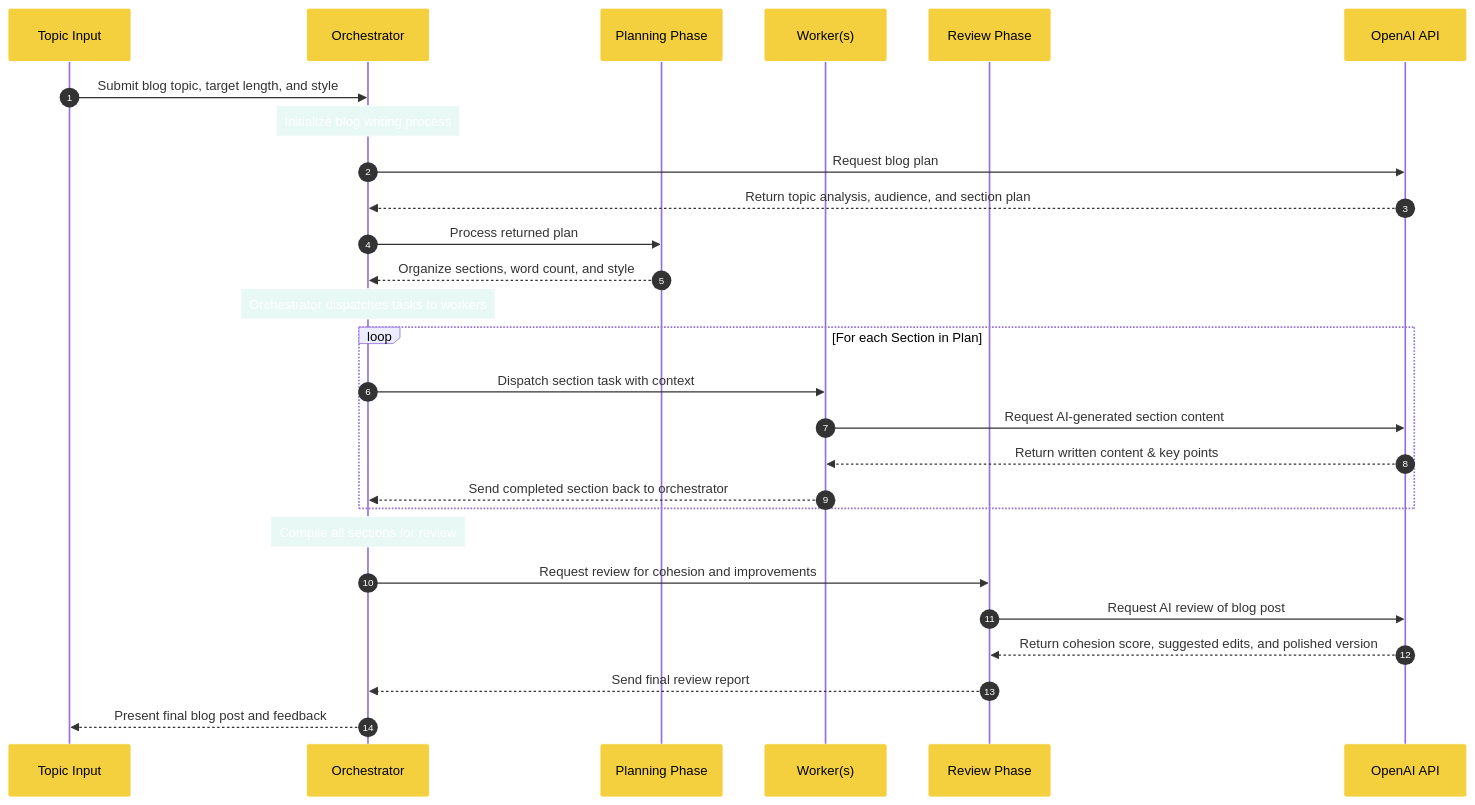
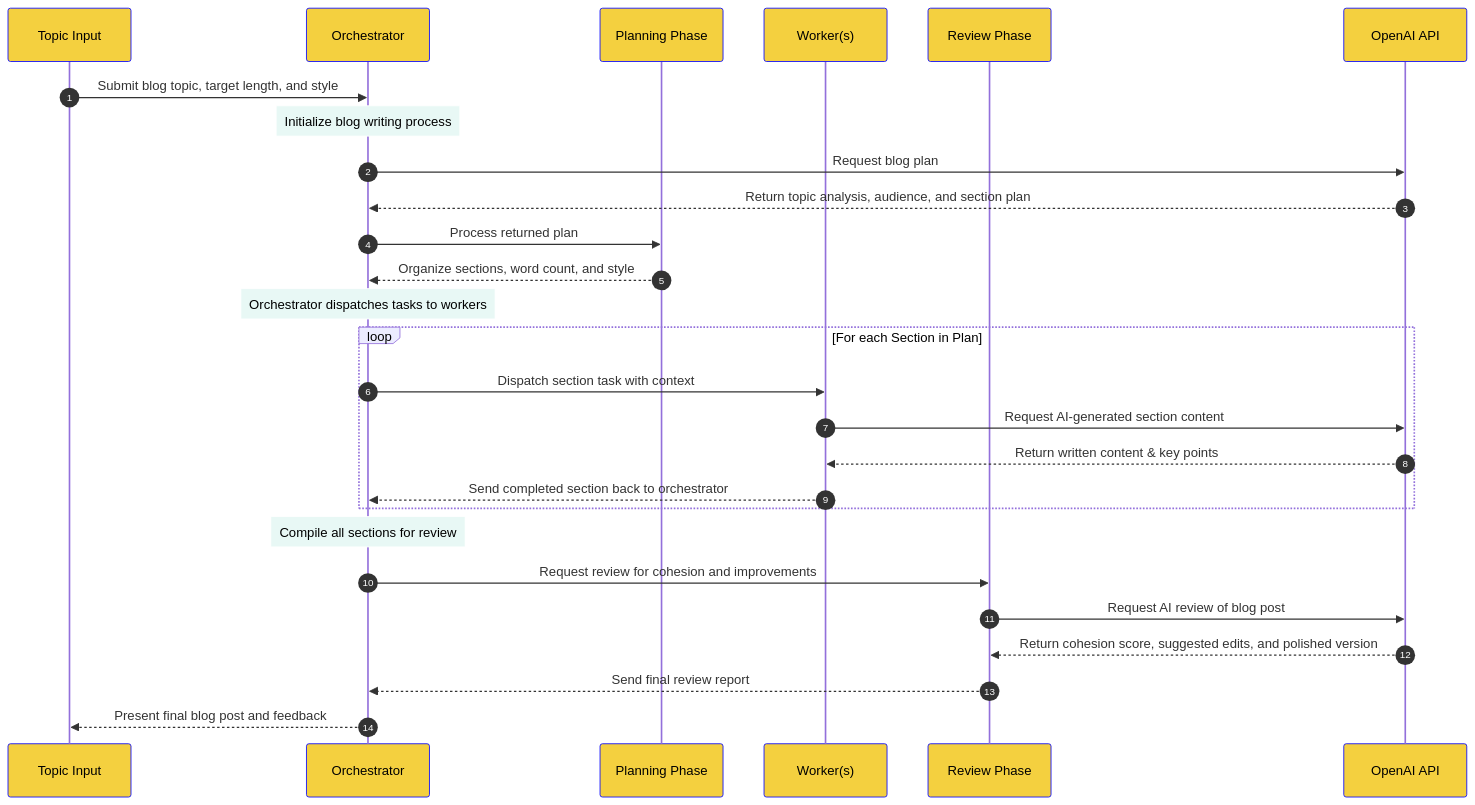
One commit to EGAdams/ai-cookbook changed the diagram in patterns/workflows/2-workflow-patterns/orchestrator/diagrams/orchestrator_3o_mini.md. Above: the diagram before and after it, drawn with Mermaid. The commit also changed 16 other files, not shown here.

````diff
--- a/patterns/workflows/2-workflow-patterns/orchestrator/diagrams/orchestrator_3o_mini.md
+++ b/patterns/workflows/2-workflow-patterns/orchestrator/diagrams/orchestrator_3o_mini.md
@@ -1,48 +1,48 @@
 ```mermaid
 %%{init: {'theme': 'default', 'themeVariables': { 
-    'actorBkg': '#F4D03F', 'actorBorder': '#fff', 
+    'actorBkg': '#F4D03F', 'actorBorder': '#00f', 
     'actorFontSize': '18px', 'actorFontWeight': 'bold',
     'sequenceNumberColor': '#FFFFFF', 'sequenceTextSize': '16px',
-    'noteBkgColor': '#E8F8F5', 'noteTextColor': '#FFFFFF',
+    'noteBkgColor': '#E8F8F5', 'noteTextColor': '#000000',
     'noteBorderColor': '#fff', 'messageTextColor': '#FFFFFF'
 }}}%%
 
 sequenceDiagram
     autonumber
     participant UI as Topic Input
     participant O as Orchestrator
     participant P as Planning Phase
     participant W as Worker(s)
     participant R as Review Phase
     participant API as OpenAI API
 
     UI->>O: Submit blog topic, target length, and style
     Note over O: Initialize blog writing process
     
     O->>API: Request blog plan
     API-->>O: Return topic analysis, audience, and section plan
     
     O->>P: Process returned plan
     P-->>O: Organize sections, word count, and style
     
     Note over O: Orchestrator dispatches tasks to workers
 
     loop For each Section in Plan
         O->>W: Dispatch section task with context
         W->>API: Request AI-generated section content
         API-->>W: Return written content & key points
         W-->>O: Send completed section back to orchestrator
     end
 
     Note over O: Compile all sections for review
     
     O->>R: Request review for cohesion and improvements
     R->>API: Request AI review of blog post
     API-->>R: Return cohesion score, suggested edits, and polished version
     R-->>O: Send final review report
 
     O-->>UI: Present final blog post and feedback
 
 
 
 ```
````
